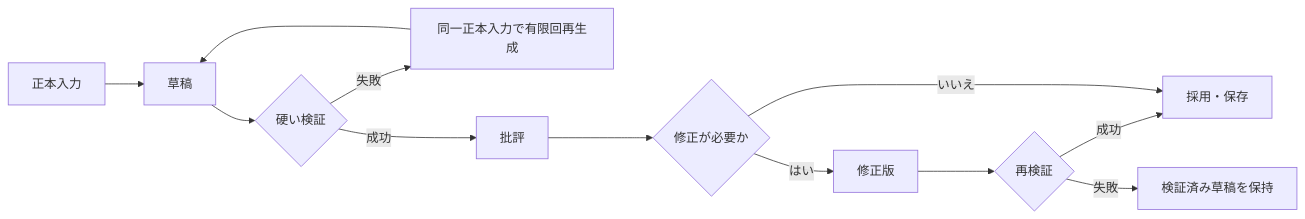
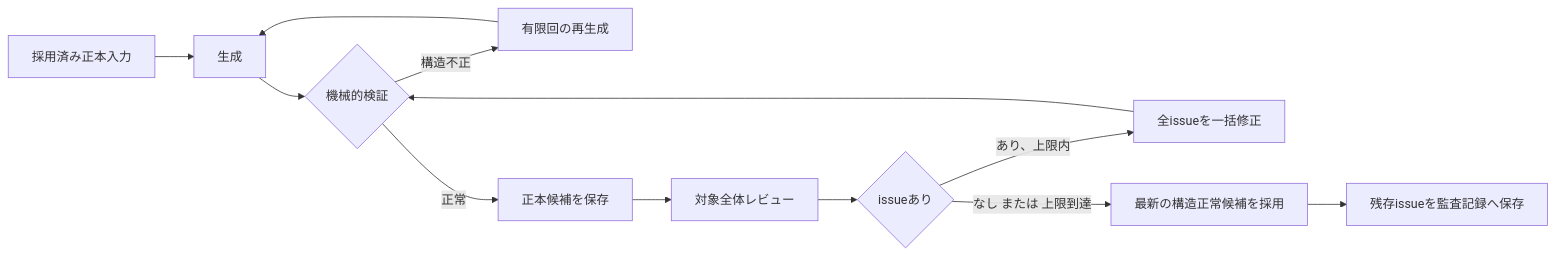
Before and after one commit to goura32/storycraft: the diagram in docs/design/series_engine_design.md, drawn with Mermaid. The commit also changed other lines of this file and 6 other files, not shown here.

````diff
--- a/docs/design/series_engine_design.md
+++ b/docs/design/series_engine_design.md
@@ -29,14 +25,14 @@
 ```mermaid
 flowchart LR
-    A[正本入力] --> B[草稿]
-    B --> C{硬い検証}
-    C -- 失敗 --> D[同一正本入力で有限回再生成]
+    A[採用済み正本入力] --> B[生成]
+    B --> C{機械的検証}
+    C -- 構造不正 --> D[有限回の再生成]
     D --> B
-    C -- 成功 --> E[批評]
-    E --> F{修正が必要か}
-    F -- はい --> G[修正版]
-    G --> H{再検証}
-    H -- 成功 --> I[採用・保存]
-    H -- 失敗 --> J[検証済み草稿を保持]
-    F -- いいえ --> I
+    C -- 正常 --> E[正本候補を保存]
+    E --> F[対象全体レビュー]
+    F --> G{issueあり}
+    G -- あり、上限内 --> H[全issueを一括修正]
+    H --> C
+    G -- なし または 上限到達 --> I[最新の構造正常候補を採用]
+    I --> J[残存issueを監査記録へ保存]
 ```
````
